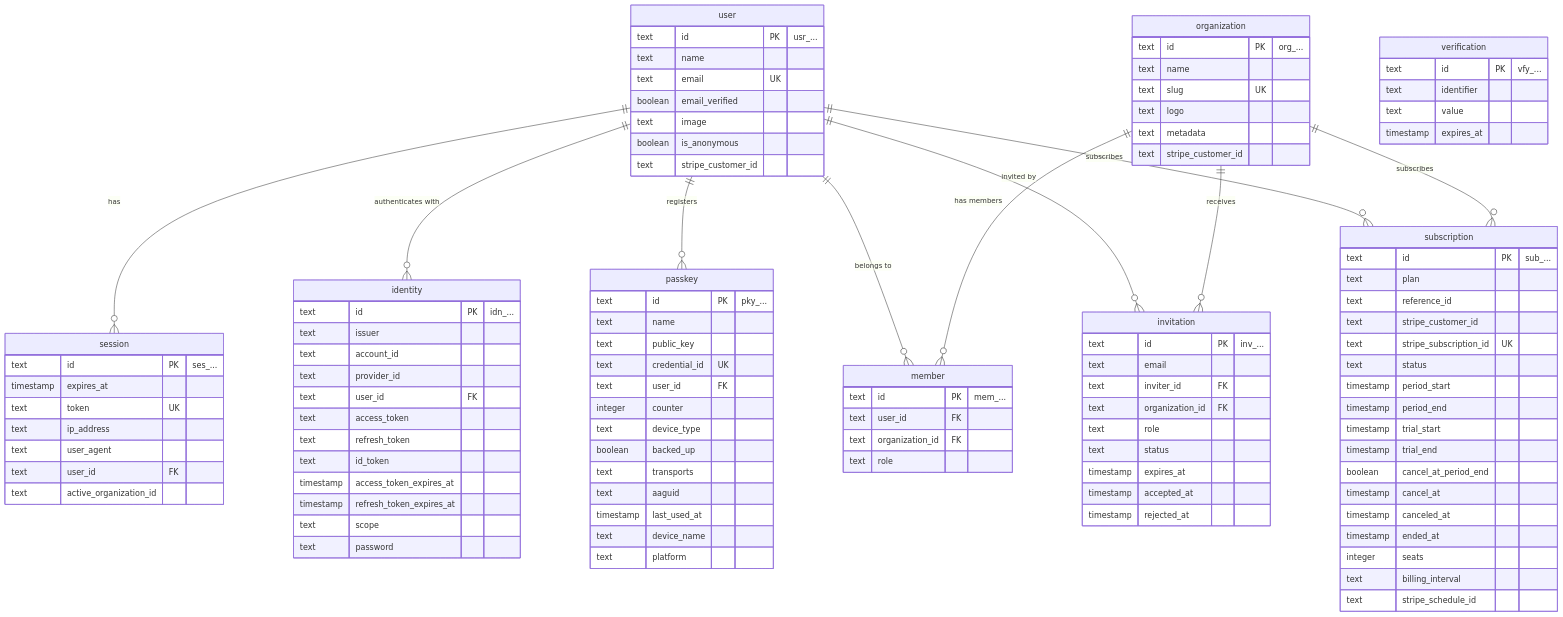
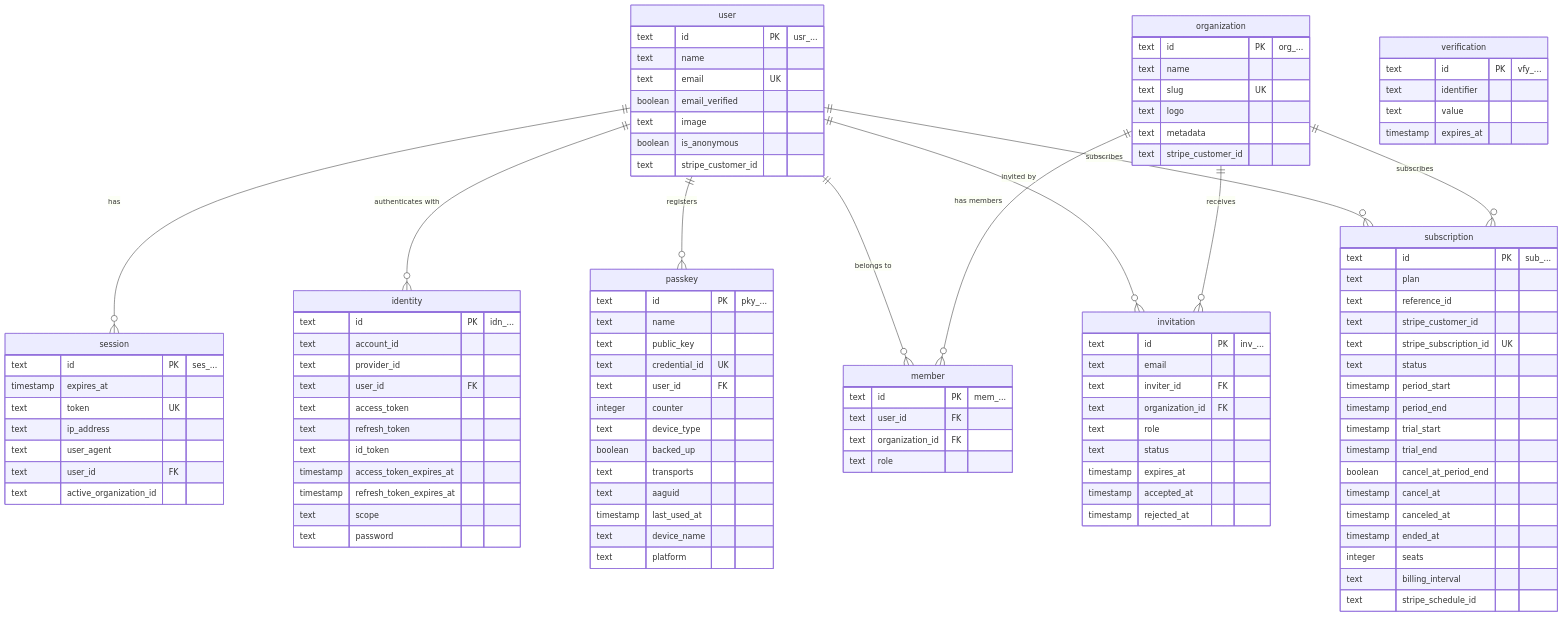
The diagram in docs/database/schema.md (kriasoft/react-starter-kit), drawn with Mermaid before and after one commit. The commit also changed other lines of this file and 81 other files, not shown here.

```diff
--- a/docs/database/schema.md
+++ b/docs/database/schema.md
@@ -66,7 +66,6 @@
 
     identity {
         text id PK "idn_..."
-        text issuer
         text account_id
         text provider_id
         text user_id FK
```
